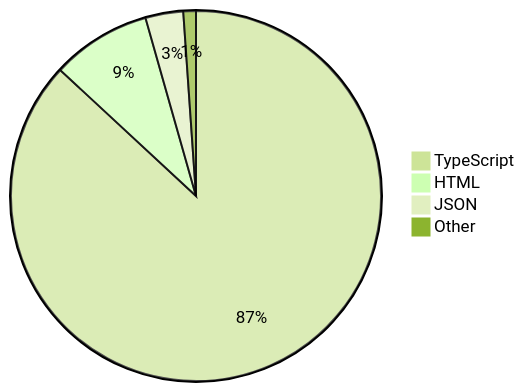
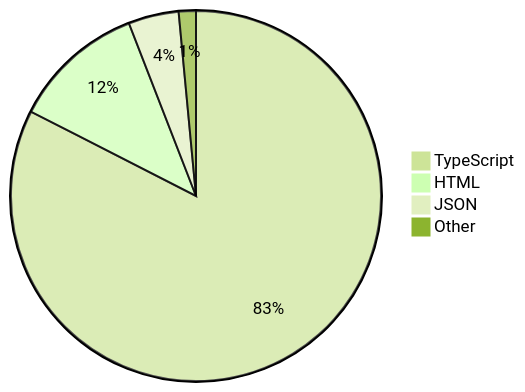
One commit to skvggor/skvggor changed the diagram in README.md. Above: the diagram before and after it, drawn with Mermaid (forest theme).

Commit message:
Updated waka-readme graph with new metrics

````diff
--- a/README.md
+++ b/README.md
@@ -28,7 +28,7 @@
 ```mermaid
 pie
-    "TypeScript" : 86.9
-    "HTML" : 8.7
-    "JSON" : 3.3
-    "Other" : 1.1
+    "TypeScript" : 82.6
+    "HTML" : 11.6
+    "JSON" : 4.4
+    "Other" : 1.5
 ```
````
